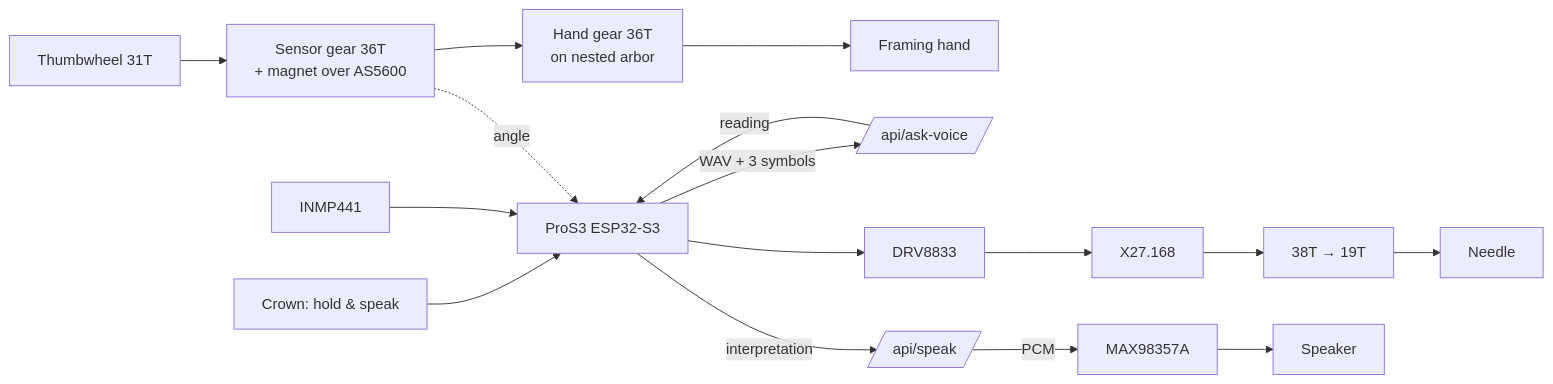
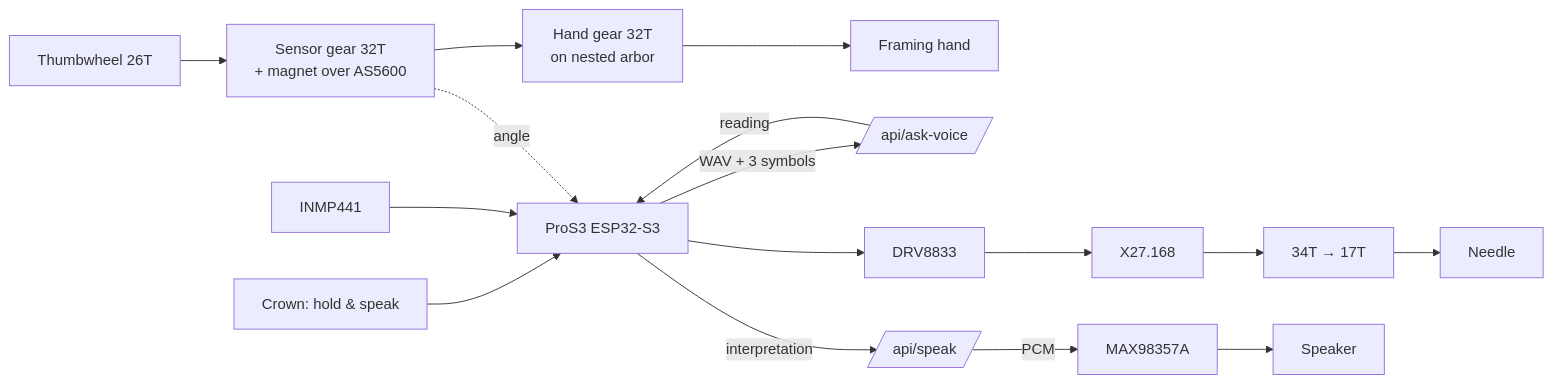
One commit to Kixantrix/alethiometer changed the diagram in hardware/README.md. Above: the diagram before and after it, drawn with Mermaid. The commit also changed other lines of this file and 82 other files, not shown here.

````diff
--- a/hardware/README.md
+++ b/hardware/README.md
@@ -78,13 +78,13 @@
 ```mermaid
 flowchart LR
-  knob[Thumbwheel 31T] --> sensor[Sensor gear 36T<br/>+ magnet over AS5600]
-  sensor --> handgear[Hand gear 36T<br/>on nested arbor]
+  knob[Thumbwheel 26T] --> sensor[Sensor gear 32T<br/>+ magnet over AS5600]
+  sensor --> handgear[Hand gear 32T<br/>on nested arbor]
   handgear --> hand[Framing hand]
   crown[Crown: hold & speak] --> esp[ProS3 ESP32-S3]
   mic[INMP441] --> esp
   sensor -. angle .-> esp
   esp -- WAV + 3 symbols --> api[/api/ask-voice/]
   api -- reading --> esp
-  esp --> drv[DRV8833] --> x27[X27.168] --> ng[38T → 19T] --> needle[Needle]
+  esp --> drv[DRV8833] --> x27[X27.168] --> ng[34T → 17T] --> needle[Needle]
   esp -- interpretation --> speak[/api/speak/] -- PCM --> amp[MAX98357A] --> spk[Speaker]
 ```
````
